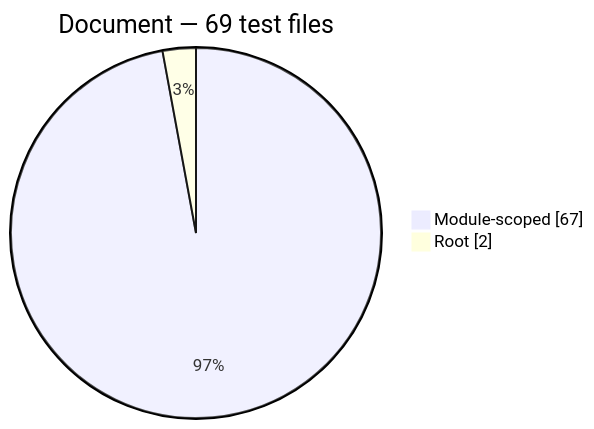
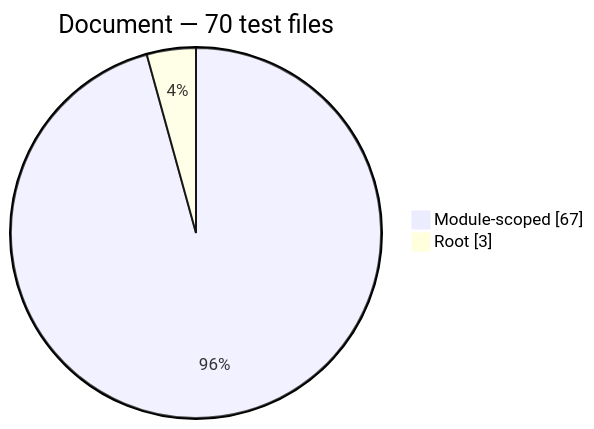
One commit to Mohammed-Alama/php-arazzo changed the fourth of 8 diagrams in docs/generated/test-composition.md. Above: the diagram before and after it, drawn with Mermaid. The commit also changed other lines of this file and 16 other files, not shown here.

First line of the commit message:
test(sources): add boundary guards, drop dead document interface methods

````diff
--- a/docs/generated/test-composition.md
+++ b/docs/generated/test-composition.md
@@ -54,6 +56,6 @@
 ```mermaid
 pie showData
-    title Document — 69 test files
+    title Document — 70 test files
     "Module-scoped": 67
-    "Root": 2
+    "Root": 3
 ```
````
